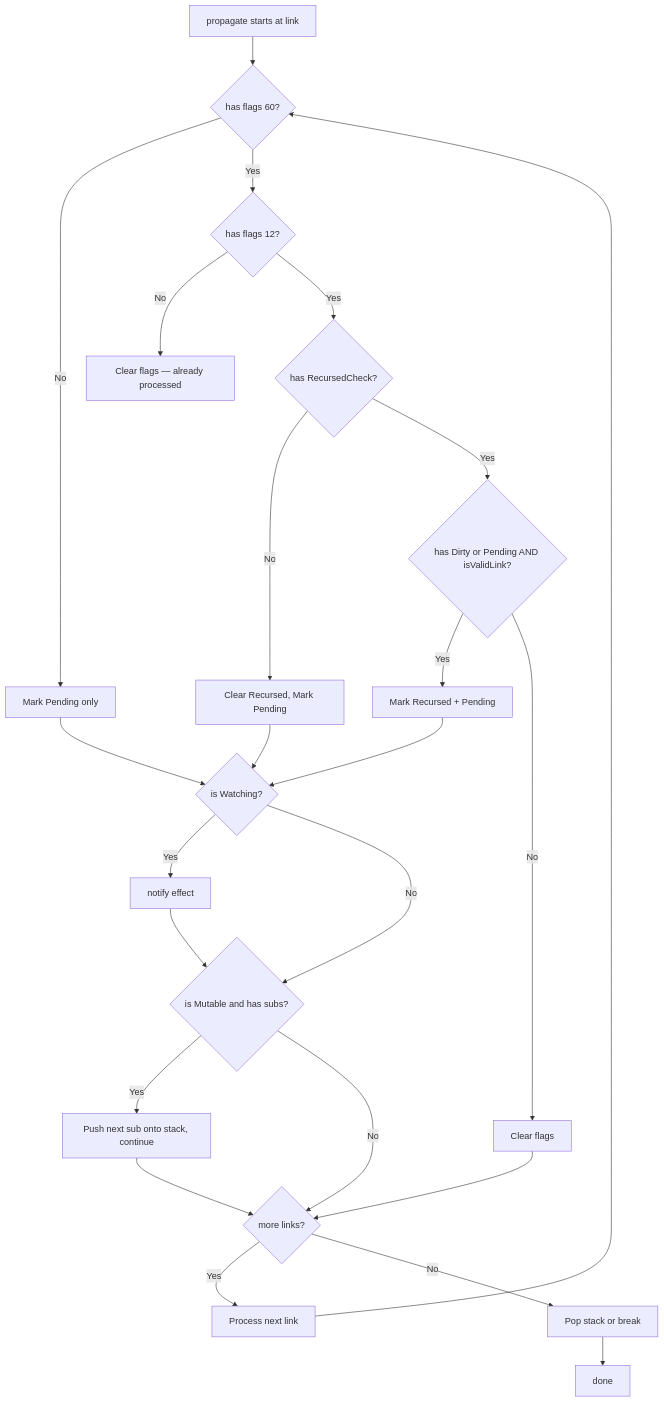
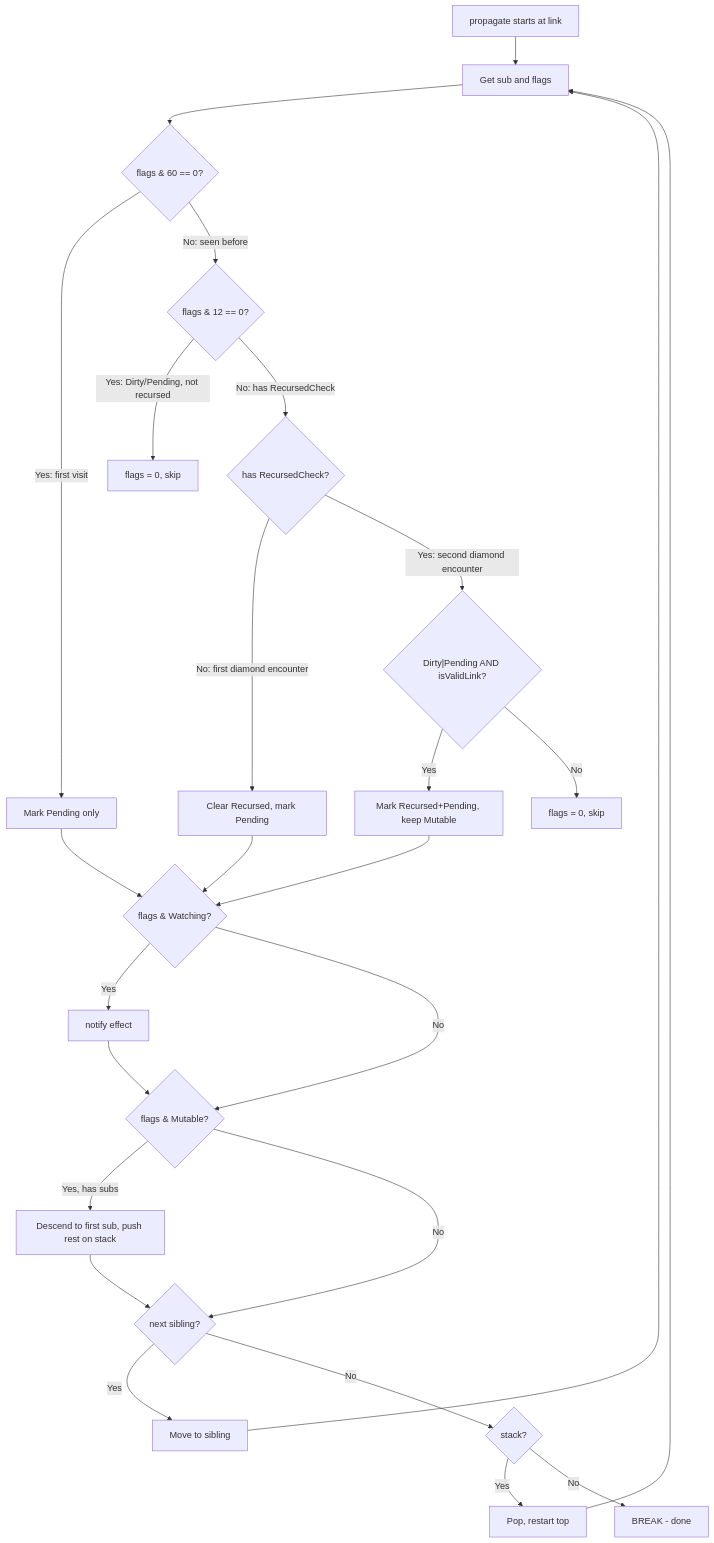
The third of 4 diagrams in src.datastar/datastar/markdown/02-reactive-signals.md (ewe-studios/explorations), drawn with Mermaid before and after one commit. The commit also changed other lines of this file and 43 other files, not shown here.

````diff
--- a/src.datastar/datastar/markdown/02-reactive-signals.md
+++ b/src.datastar/datastar/markdown/02-reactive-signals.md
@@ -375,26 +1070,28 @@
 ```mermaid
 flowchart TD
-    A[propagate starts at link] --> B{has flags 60?}
-    B -->|No| C[Mark Pending only]
-    B -->|Yes| D{has flags 12?}
-    D -->|No| E[Clear flags — already processed]
-    D -->|Yes| F{has RecursedCheck?}
-    F -->|No| G[Clear Recursed, Mark Pending]
-    F -->|Yes| H{has Dirty or Pending AND isValidLink?}
-    H -->|Yes| I[Mark Recursed + Pending]
-    H -->|No| J[Clear flags]
-    C --> K{is Watching?}
-    I --> K
-    G --> K
-    K -->|Yes| L[notify effect]
-    K -->|No| M{is Mutable and has subs?}
-    L --> M
-    M -->|Yes| N[Push next sub onto stack, continue]
-    M -->|No| O{more links?}
-    N --> O
-    J --> O
-    O -->|Yes| P[Process next link]
-    O -->|No| Q[Pop stack or break]
-    P --> B
-    Q --> R[done]
+    A["propagate starts at link"] --> B["Get sub and flags"]
+    B --> C{"flags & 60 == 0?"}
+    C -->|Yes: first visit| D["Mark Pending only"]
+    C -->|No: seen before| E{"flags & 12 == 0?"}
+    E -->|Yes: Dirty/Pending, not recursed| F["flags = 0, skip"]
+    E -->|No: has RecursedCheck| G{"has RecursedCheck?"}
+    G -->|No: first diamond encounter| H["Clear Recursed, mark Pending"]
+    G -->|Yes: second diamond encounter| I{"Dirty|Pending AND isValidLink?"}
+    I -->|Yes| J["Mark Recursed+Pending, keep Mutable"]
+    I -->|No| K["flags = 0, skip"]
+    D --> L{"flags & Watching?"}
+    J --> L
+    H --> L
+    L -->|Yes| M["notify effect"]
+    L -->|No| N{"flags & Mutable?"}
+    M --> N
+    N -->|Yes, has subs| O["Descend to first sub, push rest on stack"]
+    N -->|No| P{"next sibling?"}
+    O --> P
+    P -->|Yes| Q["Move to sibling"]
+    P -->|No| R{"stack?"}
+    Q --> B
+    R -->|Yes| S["Pop, restart top"]
+    R -->|No| T["BREAK - done"]
+    S --> B
 ```
````
